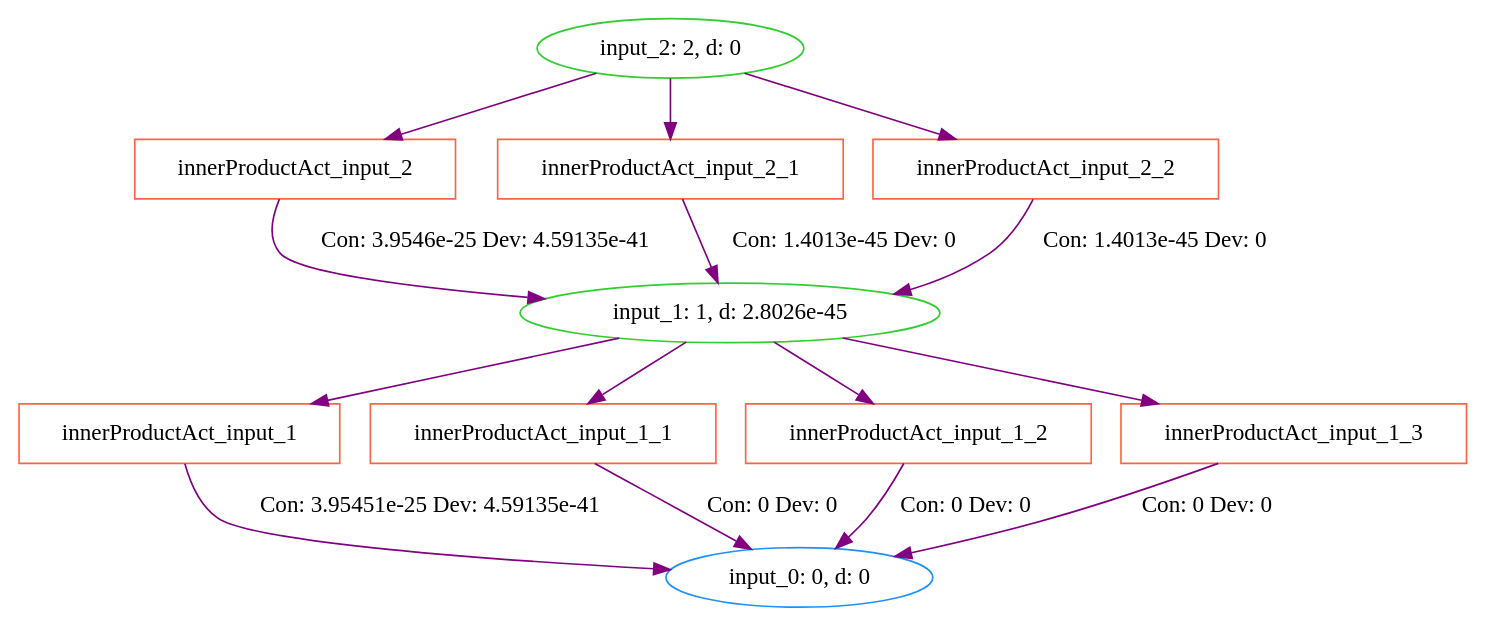
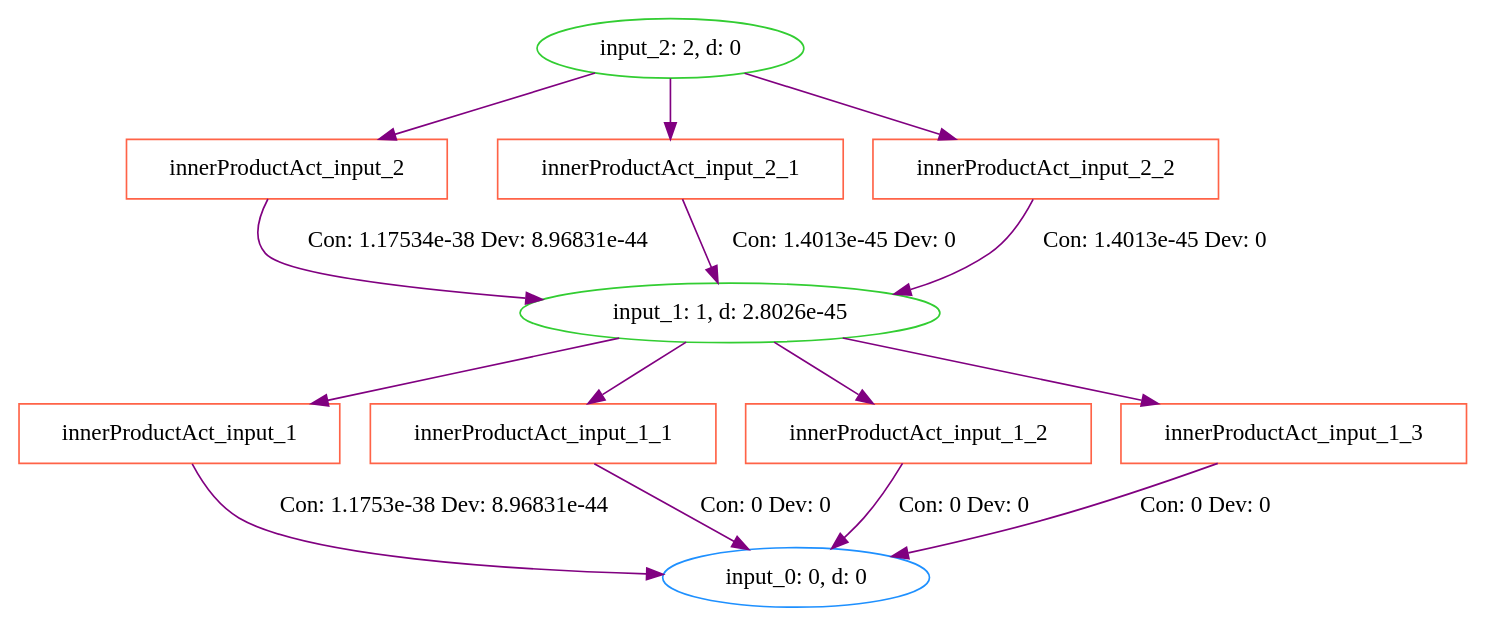
The diagram in data/iris/cprov/test2-input_2.dot (milliondegree/PXAI), drawn with Graphviz before and after one commit. The commit also changed 12 other files, not shown here.

```diff
--- a/data/iris/cprov/test2-input_2.dot
+++ b/data/iris/cprov/test2-input_2.dot
@@ -1,40 +1,40 @@
 digraph G {
 0 [label="input_2: 2, d: 0", shape=oval, color=limegreen];
 1 [label="innerProductAct_input_2", shape=box, color=tomato];
 2 [label="input_1: 1, d: 2.8026e-45", shape=oval, color=limegreen];
 3 [label="innerProductAct_input_1", shape=box, color=tomato];
 4 [label="input_0: 0, d: 0", shape=oval, color=dodgerblue];
 5 [label="innerProductAct_input_1_1", shape=box, color=tomato];
 6 [label="innerProductAct_input_1_2", shape=box, color=tomato];
 7 [label="innerProductAct_input_1_3", shape=box, color=tomato];
 8 [label="innerProductAct_input_2_1", shape=box, color=tomato];
 9 [label="innerProductAct_input_2_2", shape=box, color=tomato];
 0->1  [color=purple]
  [label=""];
 1->2  [color=purple]
- [label="Con: 3.9546e-25 Dev: 4.59135e-41"];
+ [label="Con: 1.17534e-38 Dev: 8.96831e-44"];
 2->3  [color=purple]
  [label=""];
 3->4  [color=purple]
- [label="Con: 3.95451e-25 Dev: 4.59135e-41"];
+ [label="Con: 1.1753e-38 Dev: 8.96831e-44"];
 2->5  [color=purple]
  [label=""];
 5->4  [color=purple]
  [label="Con: 0 Dev: 0"];
 2->6  [color=purple]
  [label=""];
 6->4  [color=purple]
  [label="Con: 0 Dev: 0"];
 2->7  [color=purple]
  [label=""];
 7->4  [color=purple]
  [label="Con: 0 Dev: 0"];
 0->8  [color=purple]
  [label=""];
 8->2  [color=purple]
  [label="Con: 1.4013e-45 Dev: 0"];
 0->9  [color=purple]
  [label=""];
 9->2  [color=purple]
  [label="Con: 1.4013e-45 Dev: 0"];
 }
```
